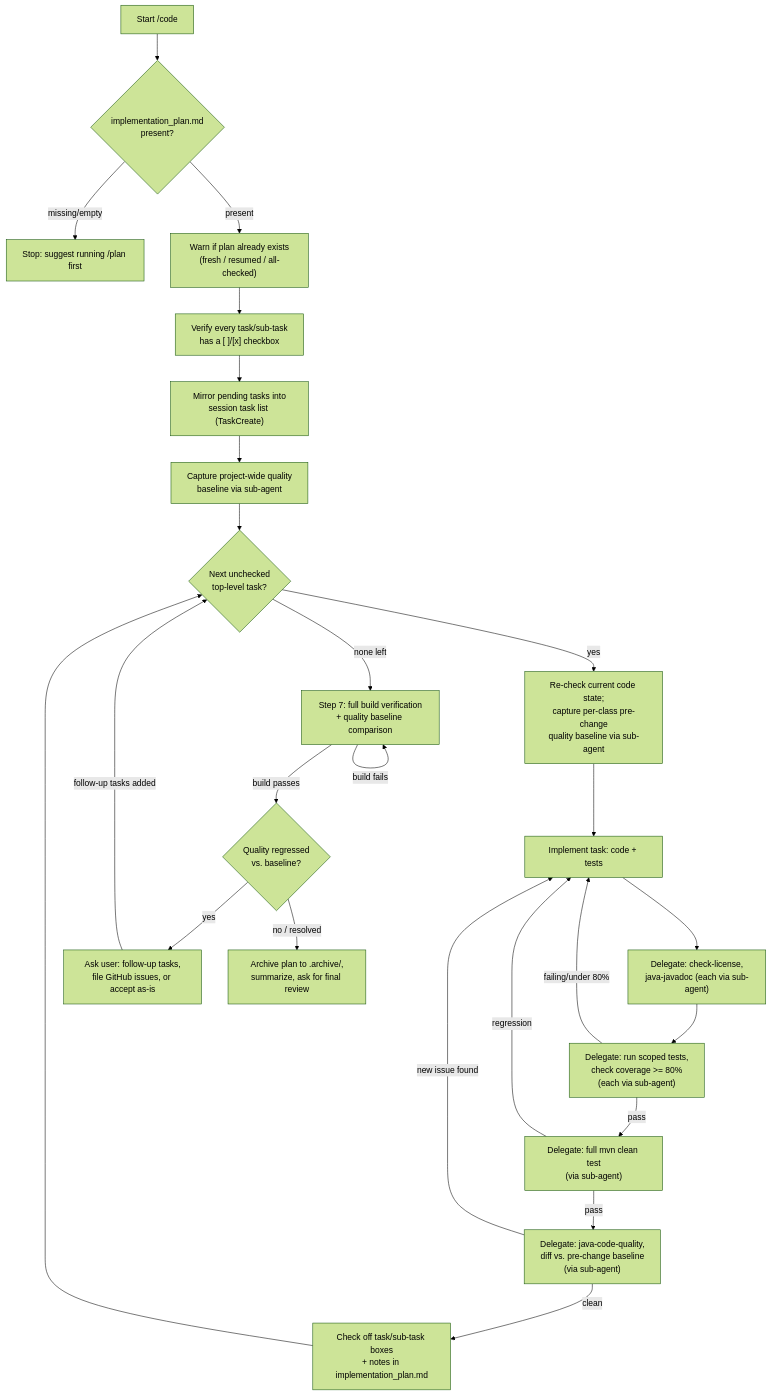
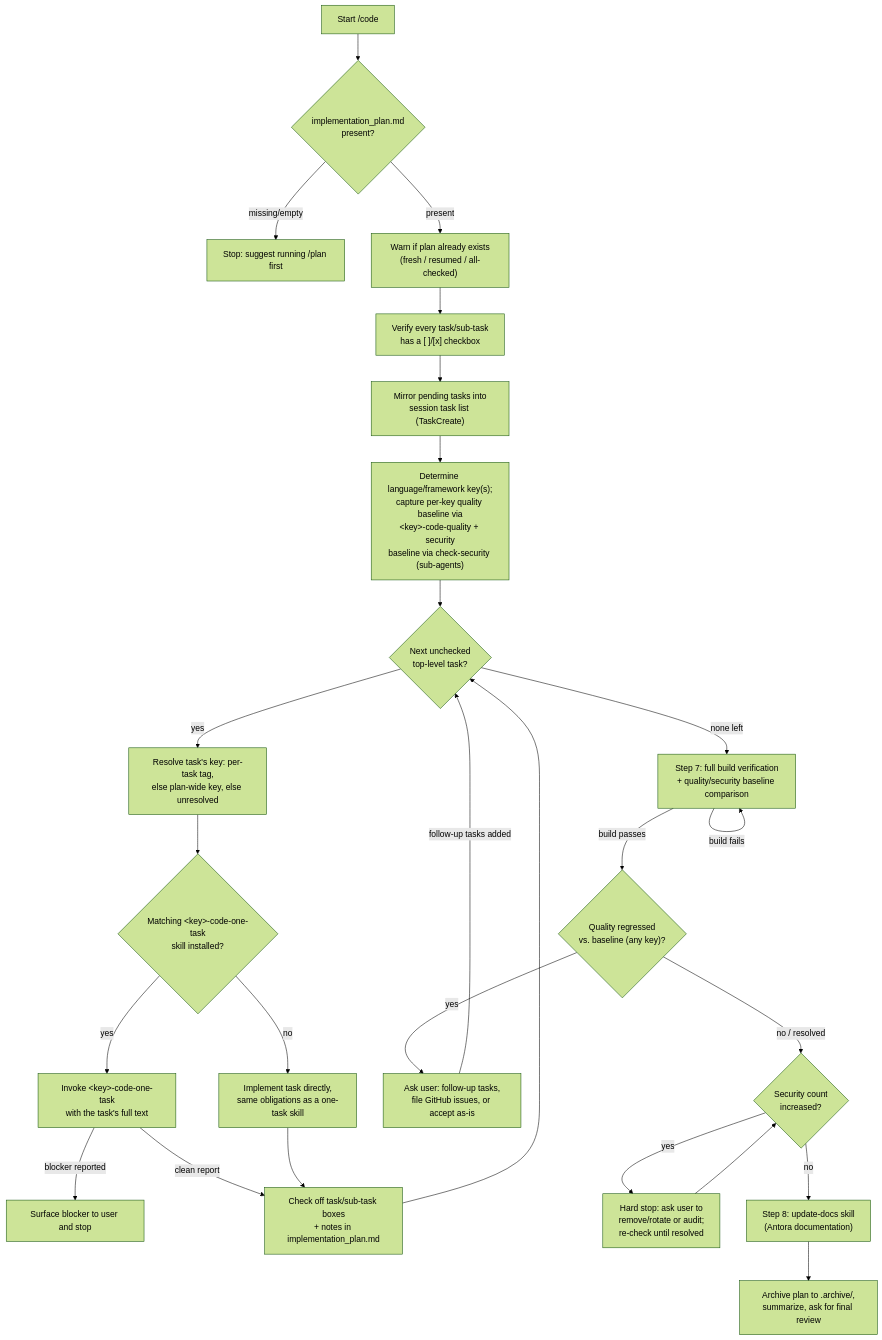
One commit to albertoirurueta/ai-catalog changed the diagram in docs/modules/ROOT/pages/skills/code.adoc. Above: the diagram before and after it, drawn with Mermaid (forest theme). The commit also changed other lines of this file and 23 other files, not shown here.

```diff
--- a/docs/modules/ROOT/pages/skills/code.adoc
+++ b/docs/modules/ROOT/pages/skills/code.adoc
@@ -68,28 +79,29 @@
 [mermaid]
 ....
 flowchart TD
     A[Start /code] --> B{implementation_plan.md\npresent?}
     B -- missing/empty --> Z["Stop: suggest running /plan first"]
     B -- present --> C["Warn if plan already exists\n(fresh / resumed / all-checked)"]
     C --> D["Verify every task/sub-task\nhas a [ ]/[x] checkbox"]
     D --> E["Mirror pending tasks into\nsession task list (TaskCreate)"]
-    E --> F["Capture project-wide quality\nbaseline via sub-agent"]
+    E --> F["Determine language/framework key(s);\ncapture per-key quality baseline via\n&lt;key&gt;-code-quality + security\nbaseline via check-security (sub-agents)"]
     F --> G{Next unchecked\ntop-level task?}
-    G -- none left --> P["Step 7: full build verification\n+ quality baseline comparison"]
-    G -- yes --> H["Re-check current code state;\ncapture per-class pre-change\nquality baseline via sub-agent"]
-    H --> I["Implement task: code + tests"]
-    I --> J["Delegate: check-license,\njava-javadoc (each via sub-agent)"]
-    J --> K["Delegate: run scoped tests,\ncheck coverage >= 80%\n(each via sub-agent)"]
-    K -- failing/under 80% --> I
-    K -- pass --> L["Delegate: full mvn clean test\n(via sub-agent)"]
-    L -- regression --> I
-    L -- pass --> M["Delegate: java-code-quality,\ndiff vs. pre-change baseline\n(via sub-agent)"]
-    M -- new issue found --> I
-    M -- clean --> N["Check off task/sub-task boxes\n+ notes in implementation_plan.md"]
-    N --> G
+    G -- none left --> P["Step 7: full build verification\n+ quality/security baseline comparison"]
+    G -- yes --> H["Resolve task's key: per-task tag,\nelse plan-wide key, else unresolved"]
+    H --> I{"Matching &lt;key&gt;-code-one-task\nskill installed?"}
+    I -- yes --> J["Invoke &lt;key&gt;-code-one-task\nwith the task's full text"]
+    I -- no --> K["Implement task directly,\nsame obligations as a one-task skill"]
+    J -- blocker reported --> L["Surface blocker to user and stop"]
+    J -- clean report --> M["Check off task/sub-task boxes\n+ notes in implementation_plan.md"]
+    K --> M
+    M --> G
     P -- build fails --> P
-    P -- build passes --> Q{Quality regressed\nvs. baseline?}
+    P -- build passes --> Q{"Quality regressed\nvs. baseline (any key)?"}
     Q -- yes --> R["Ask user: follow-up tasks,\nfile GitHub issues, or accept as-is"]
     R -- follow-up tasks added --> G
-    Q -- no / resolved --> S["Archive plan to .archive/,\nsummarize, ask for final review"]
+    Q -- no / resolved --> S{Security count\nincreased?}
+    S -- yes --> T["Hard stop: ask user to\nremove/rotate or audit;\nre-check until resolved"]
+    T --> S
+    S -- no --> U["Step 8: update-docs skill\n(Antora documentation)"]
+    U --> V["Archive plan to .archive/,\nsummarize, ask for final review"]
 ....
```
